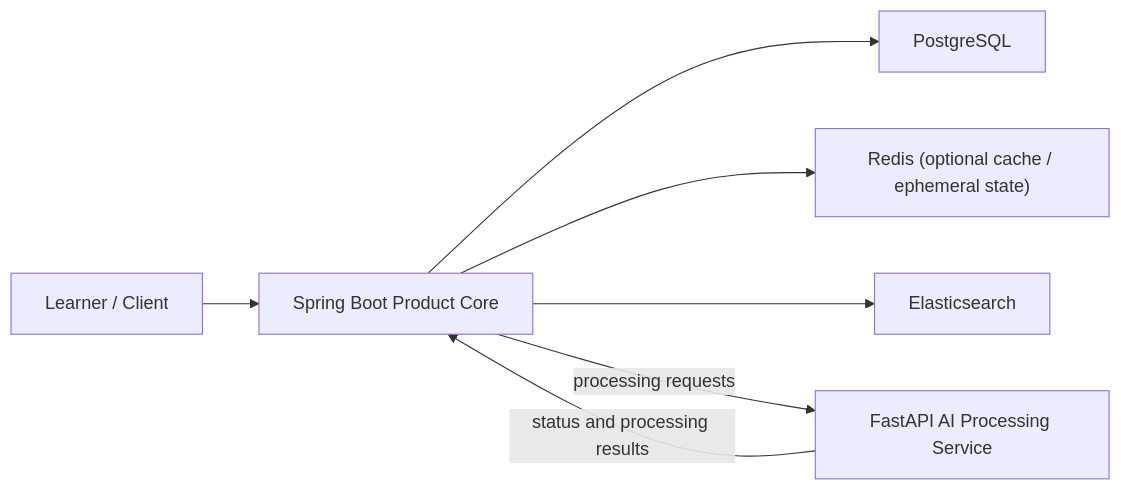
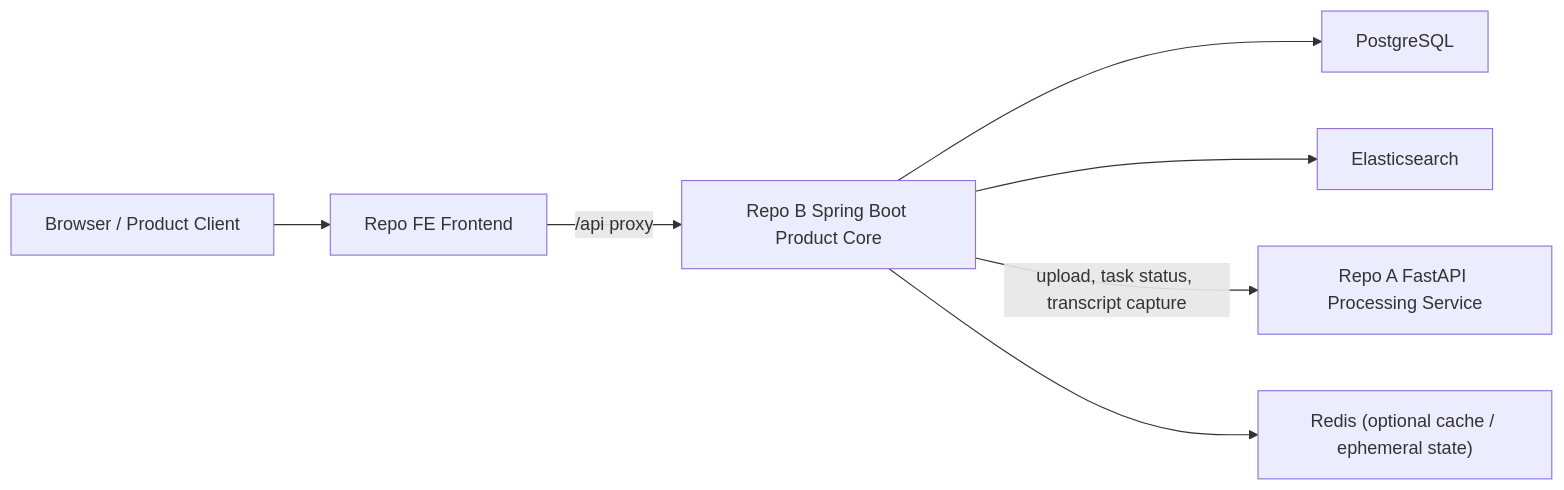
The diagram in docs/architecture/01-system-context.md (quangducnguyen1205/ai-knowledge-workspace), drawn with Mermaid before and after one commit. The commit also changed other lines of this file and 8 other files, not shown here.

Commit message:
docs(workspace-core): add reviewer-focused diagrams and align backend docs

````diff
--- a/docs/architecture/01-system-context.md
+++ b/docs/architecture/01-system-context.md
@@ -9,9 +9,9 @@
 ```mermaid
 flowchart LR
-    U["Learner / Client"] --> S["Spring Boot Product Core"]
+    B["Browser / Product Client"] --> FE["Repo FE Frontend"]
+    FE -->|/api proxy| S["Repo B Spring Boot Product Core"]
     S --> P["PostgreSQL"]
+    S --> E["Elasticsearch"]
+    S -->|upload, task status, transcript capture| F["Repo A FastAPI Processing Service"]
     S --> R["Redis (optional cache / ephemeral state)"]
-    S --> E["Elasticsearch"]
-    S -->|processing requests| F["FastAPI AI Processing Service"]
-    F -->|status and processing results| S
 ```
````
